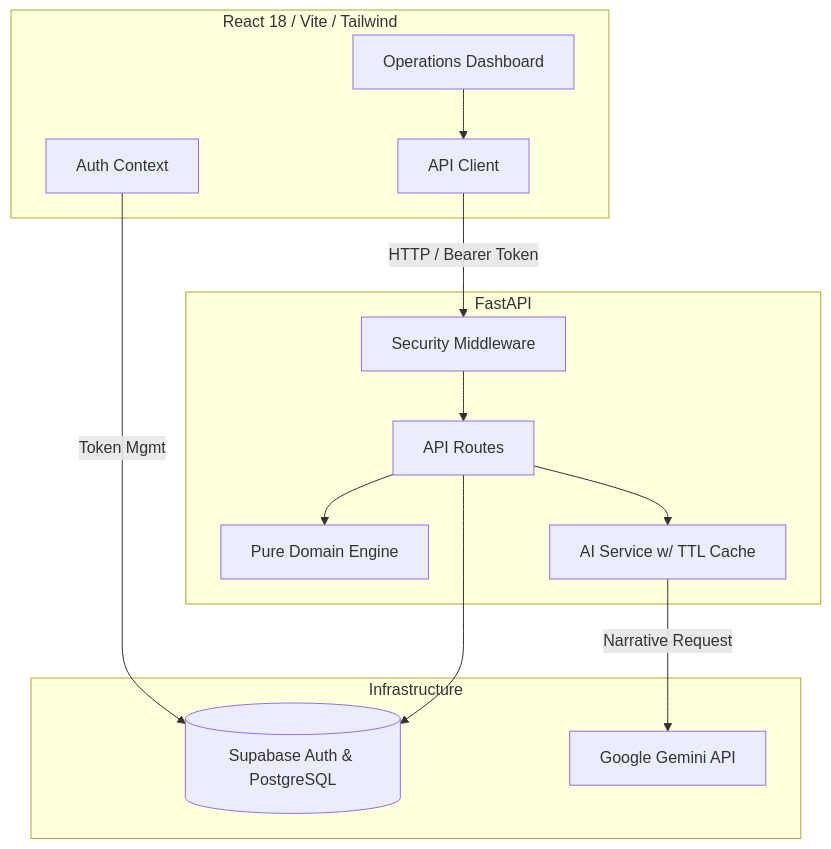
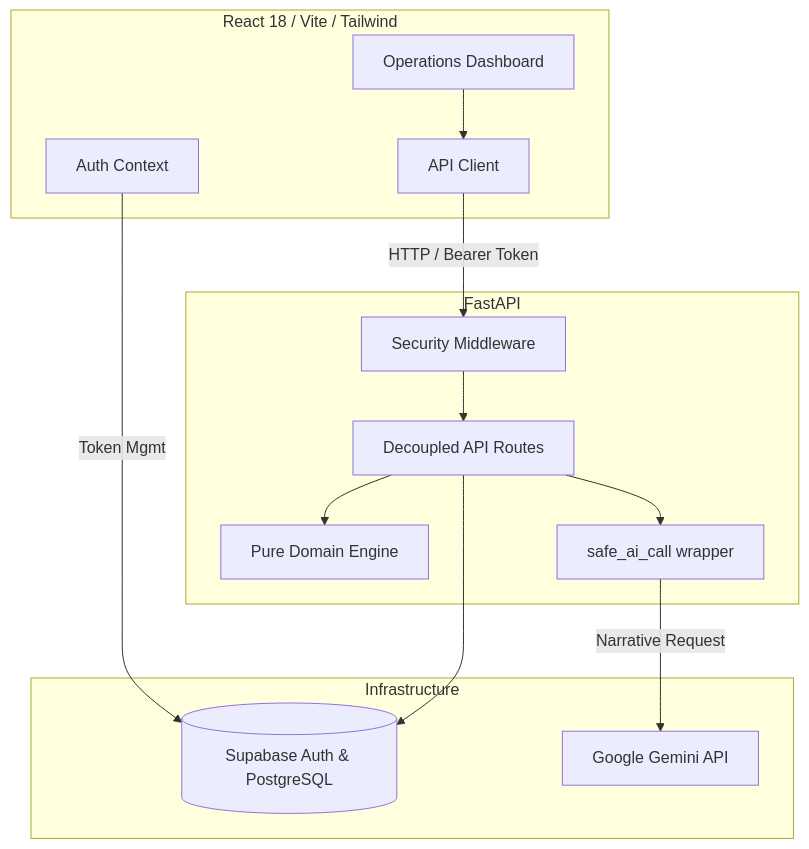
One commit to Harshit-925/StadiumIQ changed the diagram in README.md. Above: the diagram before and after it, drawn with Mermaid. The commit also changed other lines of this file and 1 other file, not shown here.

Commit message:
docs: update README to reflect architectural changes and remove outdated information

````diff
--- a/README.md
+++ b/README.md
@@ -108,29 +109,29 @@
 ```mermaid
 graph TD
     subgraph Frontend [React 18 / Vite / Tailwind]
         UI[Operations Dashboard]
         Auth[Auth Context]
         API_Client[API Client]
     end
 
     subgraph Backend [FastAPI]
-        Routes[API Routes]
+        Routes[Decoupled API Routes]
         Engine[Pure Domain Engine]
-        AI[AI Service w/ TTL Cache]
+        AI[safe_ai_call wrapper]
         Sec[Security Middleware]
     end
 
     subgraph Infrastructure
         SB[(Supabase Auth & PostgreSQL)]
         Gemini[Google Gemini API]
     end
 
     UI --> API_Client
     API_Client -->|HTTP / Bearer Token| Sec
     Sec --> Routes
     Routes --> Engine
     Routes --> AI
     Routes --> SB
     AI -->|Narrative Request| Gemini
     Auth -->|Token Mgmt| SB
 ```
````
